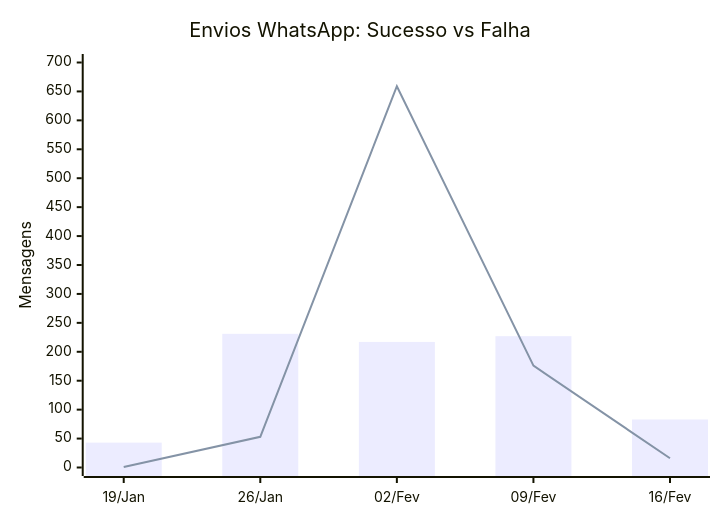
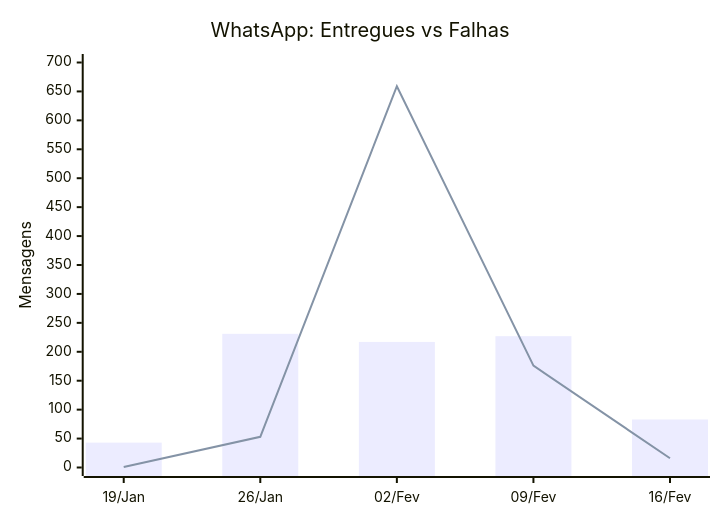
Before and after one commit to Clovisposto/vite-canvas-joy: the third of 6 diagrams in DASHBOARD_SAUDE.md, drawn with Mermaid. The commit also changed other lines of this file, not shown here.

````diff
--- a/DASHBOARD_SAUDE.md
+++ b/DASHBOARD_SAUDE.md
@@ -53,8 +55,8 @@
 ```mermaid
 xychart-beta
-    title "Envios WhatsApp: Sucesso vs Falha"
+    title "WhatsApp: Entregues vs Falhas"
     x-axis ["19/Jan", "26/Jan", "02/Fev", "09/Fev", "16/Fev"]
     y-axis "Mensagens" 0 --> 700
     bar [43, 231, 217, 227, 83]
     line [1, 53, 659, 176, 16]
 ```
````
